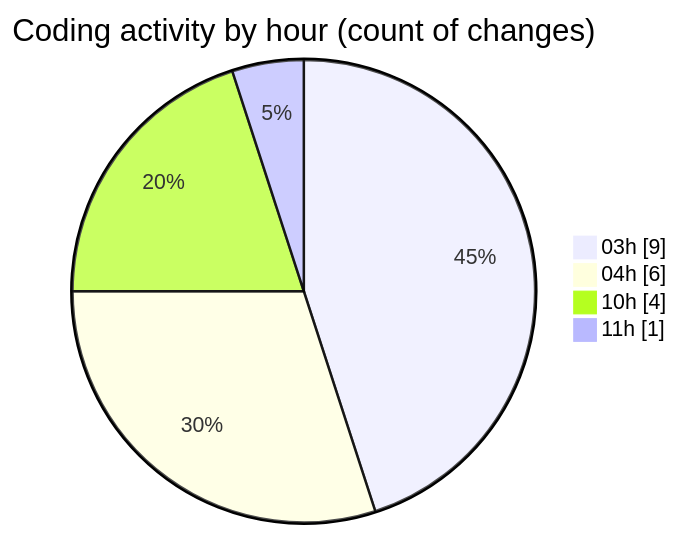
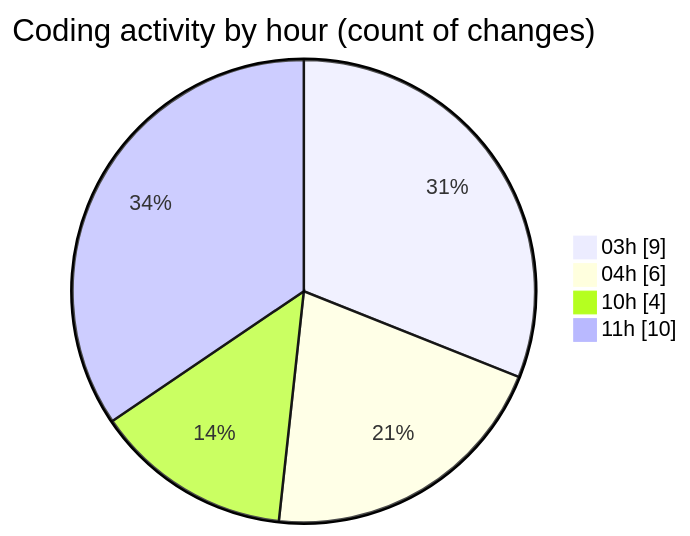
The second of 2 diagrams in 2025-10-30/eventscop-frontend-guide__workspace_/README.md (julien-gomy/code-tracking), drawn with Mermaid before and after one commit. The commit also changed other lines of this file and 1 other file, not shown here.

````diff
--- a/2025-10-30/eventscop-frontend-guide__workspace_/README.md
+++ b/2025-10-30/eventscop-frontend-guide__workspace_/README.md
@@ -38,8 +39,8 @@
 ```mermaid
 pie showData
 title Coding activity by hour (count of changes)
 "03h" : 9
 "04h" : 6
 "10h" : 4
-"11h" : 1
+"11h" : 10
 ```
````
